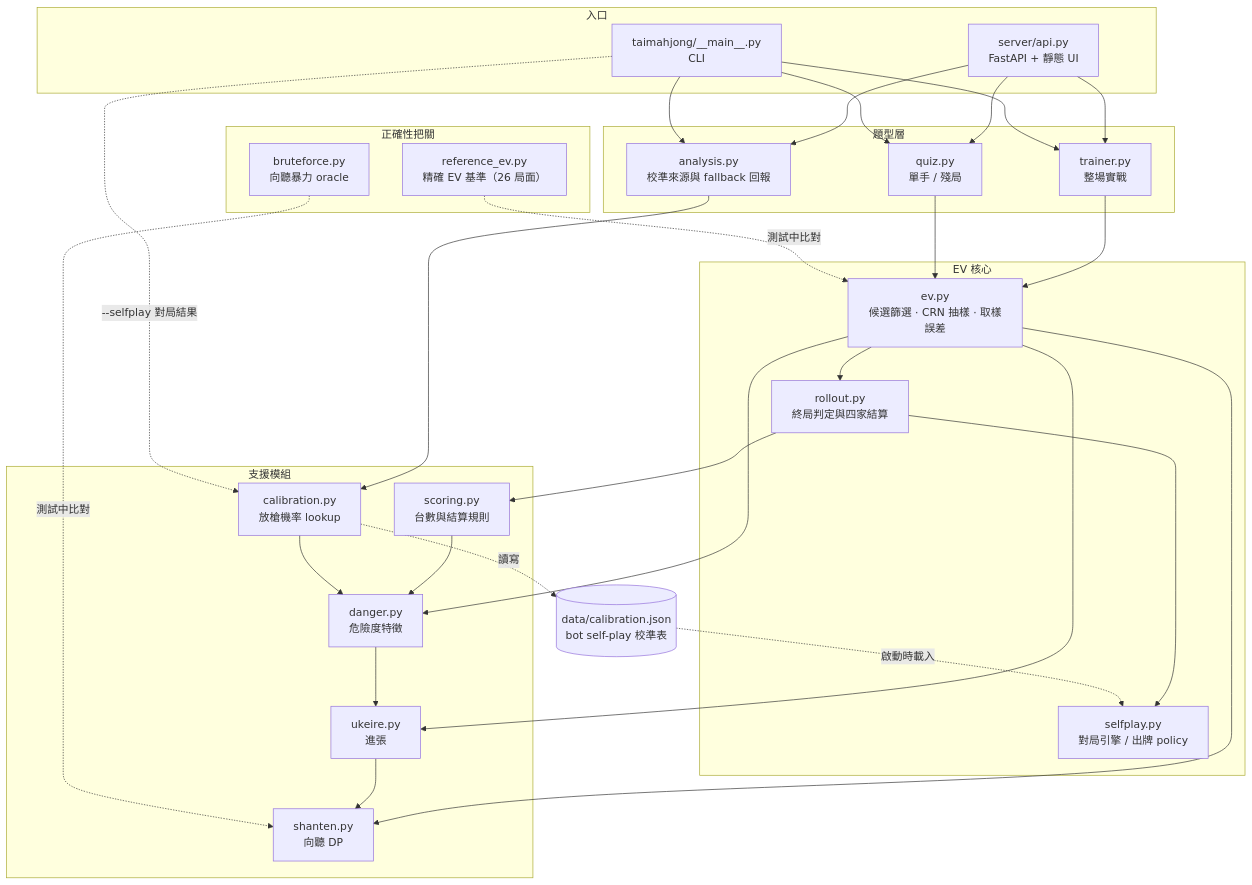
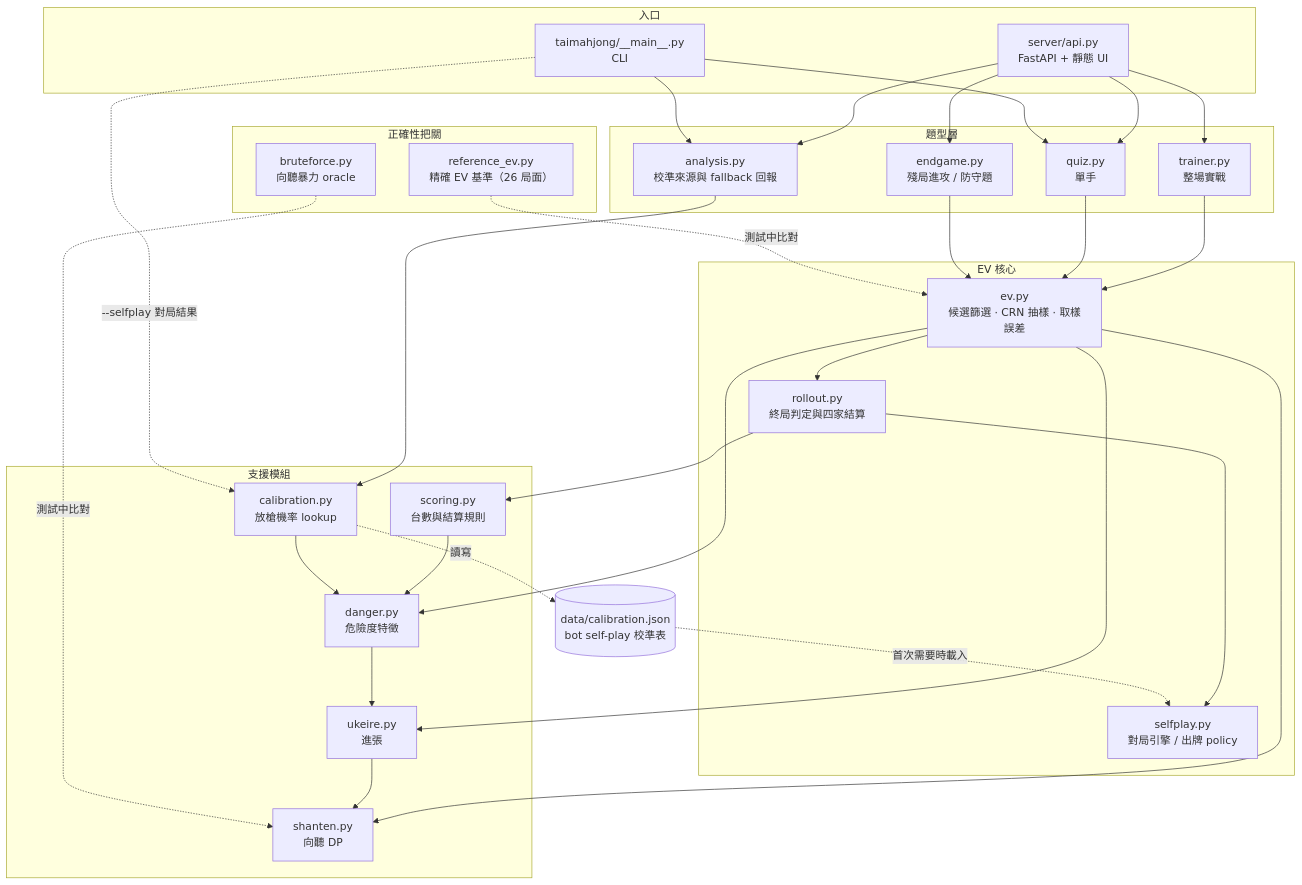
One commit to YuHsunWang/gto_mahjong changed the diagram in README.md. Above: the diagram before and after it, drawn with Mermaid. The commit also changed other lines of this file and 1 other file, not shown here.

````diff
--- a/README.md
+++ b/README.md
@@ -87,49 +88,50 @@
 ```mermaid
 flowchart TB
     subgraph entry["入口"]
         WEB["server/api.py<br/>FastAPI + 靜態 UI"]
         CLI["taimahjong/__main__.py<br/>CLI"]
     end
 
     subgraph product["題型層"]
         TRAINER["trainer.py<br/>整場實戰"]
-        QUIZ["quiz.py<br/>單手 / 殘局"]
+        QUIZ["quiz.py<br/>單手"]
+        ENDGAME["endgame.py<br/>殘局進攻 / 防守題"]
         ANALYSIS["analysis.py<br/>校準來源與 fallback 回報"]
     end
 
     subgraph core["EV 核心"]
         EV["ev.py<br/>候選篩選 · CRN 抽樣 · 取樣誤差"]
         ROLLOUT["rollout.py<br/>終局判定與四家結算"]
         SELFPLAY["selfplay.py<br/>對局引擎 / 出牌 policy"]
     end
 
     subgraph support["支援模組"]
         SHANTEN["shanten.py<br/>向聽 DP"]
         UKEIRE["ukeire.py<br/>進張"]
         DANGER["danger.py<br/>危險度特徵"]
         SCORING["scoring.py<br/>台數與結算規則"]
         CALIB["calibration.py<br/>放槍機率 lookup"]
     end
 
     subgraph validate["正確性把關"]
         BRUTE["bruteforce.py<br/>向聽暴力 oracle"]
         REF["reference_ev.py<br/>精確 EV 基準（26 局面）"]
     end
 
     DATA[("data/calibration.json<br/>bot self-play 校準表")]
 
-    WEB --> TRAINER & QUIZ & ANALYSIS
-    CLI --> TRAINER & QUIZ & ANALYSIS
-    TRAINER & QUIZ --> EV
+    WEB --> TRAINER & QUIZ & ENDGAME & ANALYSIS
+    CLI --> QUIZ & ANALYSIS
+    TRAINER & QUIZ & ENDGAME --> EV
     ANALYSIS --> CALIB
     EV --> ROLLOUT --> SELFPLAY
     EV --> SHANTEN & UKEIRE & DANGER
     DANGER --> UKEIRE --> SHANTEN
     ROLLOUT --> SCORING --> DANGER
     CALIB --> DANGER
     CALIB -.讀寫.-> DATA
     CLI -."--selfplay 對局結果".-> CALIB
-    DATA -.啟動時載入.-> SELFPLAY
+    DATA -.首次需要時載入.-> SELFPLAY
     BRUTE -.測試中比對.-> SHANTEN
     REF -.測試中比對.-> EV
 ```
````
